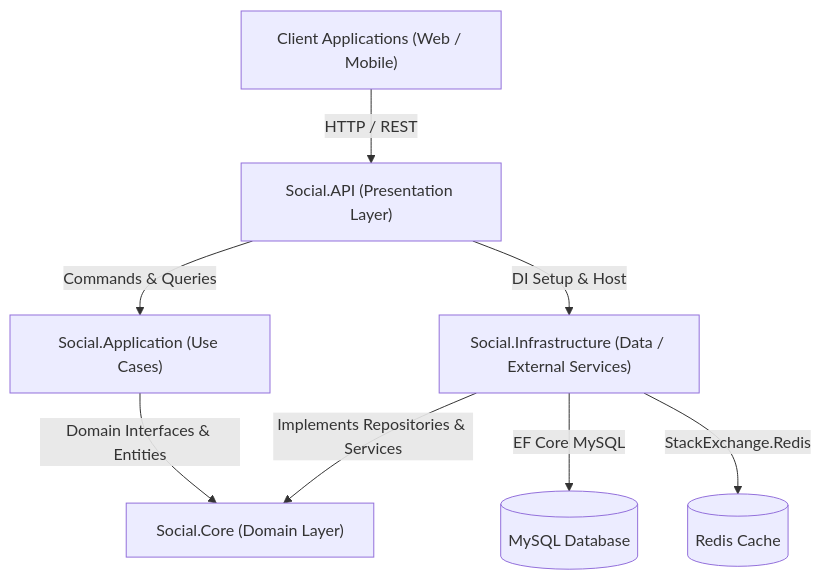
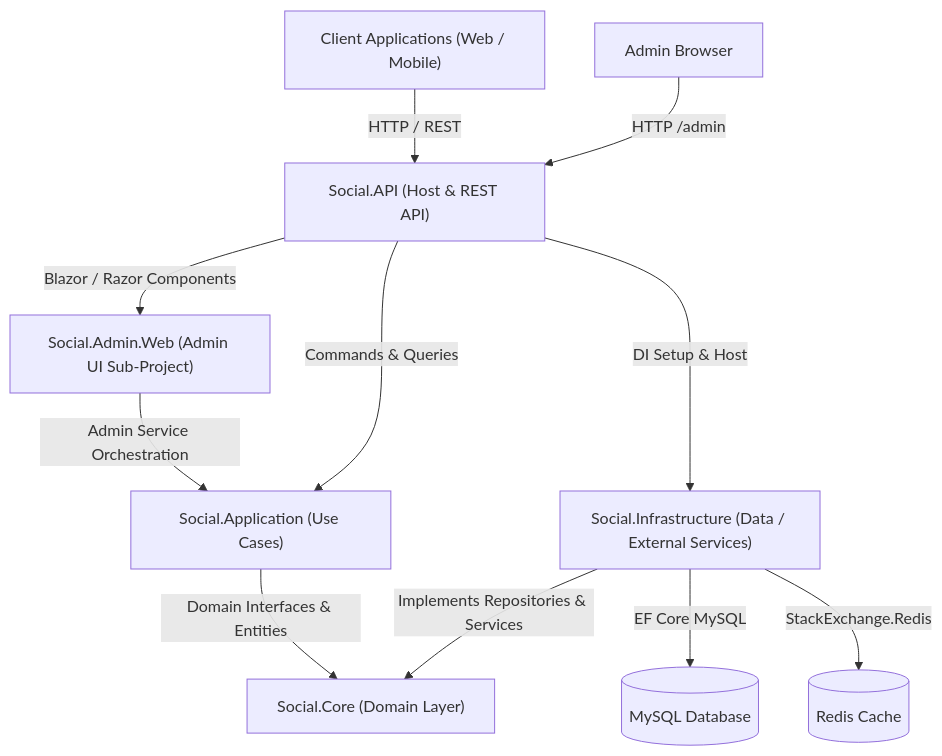
The diagram in plans/ARCH.md (MohammedAydan/DotNetCoreSocialApi), drawn with Mermaid before and after one commit. The commit also changed other lines of this file and 26 other files, not shown here.

Commit message:
docs: update system architecture, decision records, session logs, and project specs

````diff
--- a/plans/ARCH.md
+++ b/plans/ARCH.md
@@ -10,10 +10,13 @@
 ```mermaid
 graph TD
-    Client["Client Applications (Web / Mobile)"] -->|HTTP / REST| API["Social.API (Presentation Layer)"]
-    API -->|Commands & Queries| APP["Social.Application (Use Cases)"]
+    Client["Client Applications (Web / Mobile)"] -->|HTTP / REST| API["Social.API (Host & REST API)"]
+    Admin["Admin Browser"] -->|HTTP /admin| API
+    API -->|Blazor / Razor Components| UI["Social.Admin.Web (Admin UI Sub-Project)"]
+    UI -->|Admin Service Orchestration| APP["Social.Application (Use Cases)"]
+    API -->|Commands & Queries| APP
     API -->|DI Setup & Host| INFRA["Social.Infrastructure (Data / External Services)"]
     APP -->|Domain Interfaces & Entities| CORE["Social.Core (Domain Layer)"]
     INFRA -->|Implements Repositories & Services| CORE
     INFRA -->|EF Core MySQL| DB[(MySQL Database)]
     INFRA -->|StackExchange.Redis| REDIS[(Redis Cache)]
 ```
````
